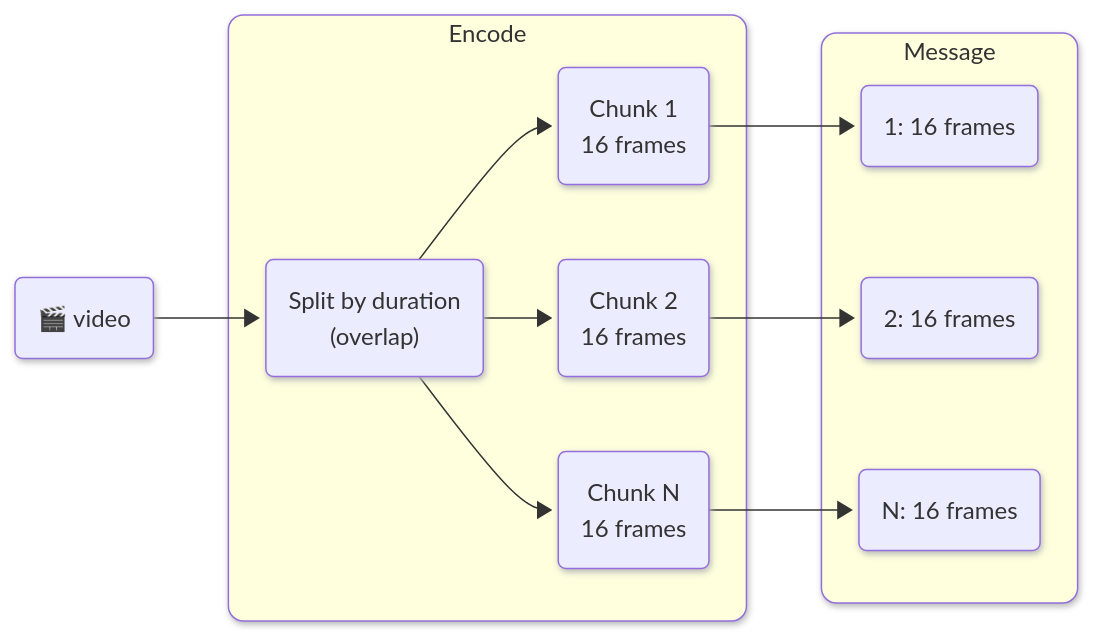
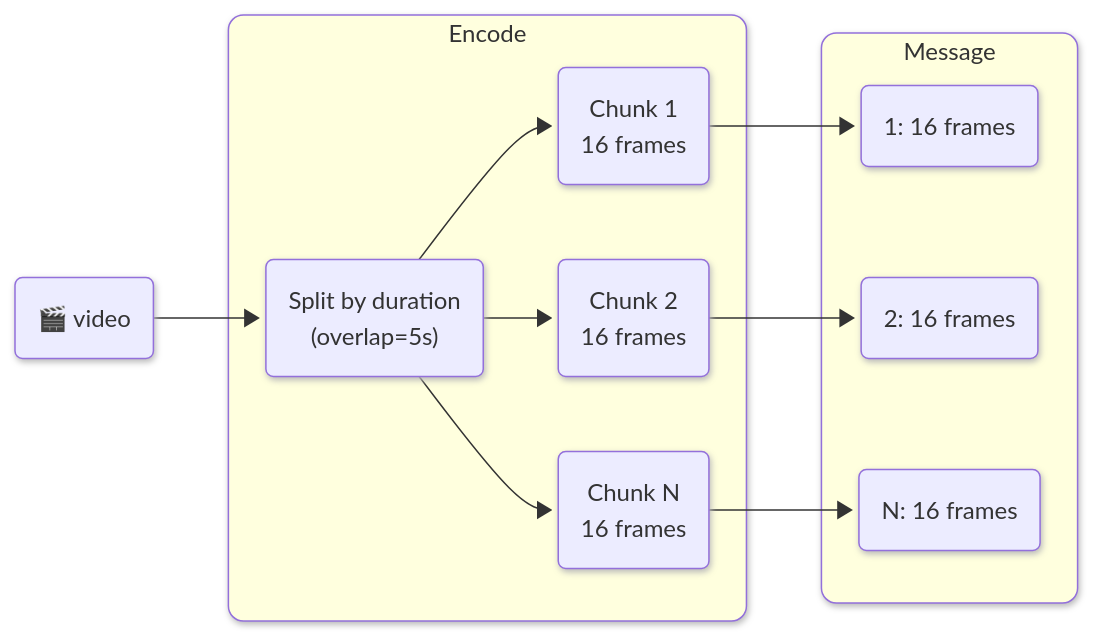
Before and after one commit to vlm-run/mm: diagram 13 of 29 in docs/encoders.md, drawn with Mermaid. The commit also changed other lines of this file and 99 other files, not shown here.

````diff
--- a/docs/encoders.md
+++ b/docs/encoders.md
@@ -250,25 +366,25 @@
 ```mermaid
 %%{init: {'look': 'neo'} }%%
 graph LR
   video("🎬 video")
 
   subgraph encode ["Encode"]
-    split("Split by duration\n(overlap)")
+    split("Split by duration\n(overlap=5s)")
     c1("Chunk 1\n16 frames")
     c2("Chunk 2\n16 frames")
     c3("Chunk N\n16 frames")
   end
 
   subgraph message ["Message"]
     m1("1: 16 frames")
     m2("2: 16 frames")
     m3("N: 16 frames")
   end
 
   video --> split
   split --> c1 --> m1
   split --> c2 --> m2
   split --> c3 --> m3
   style encode rx:10px,ry:10px
   style message rx:10px,ry:10px
 ```
````
